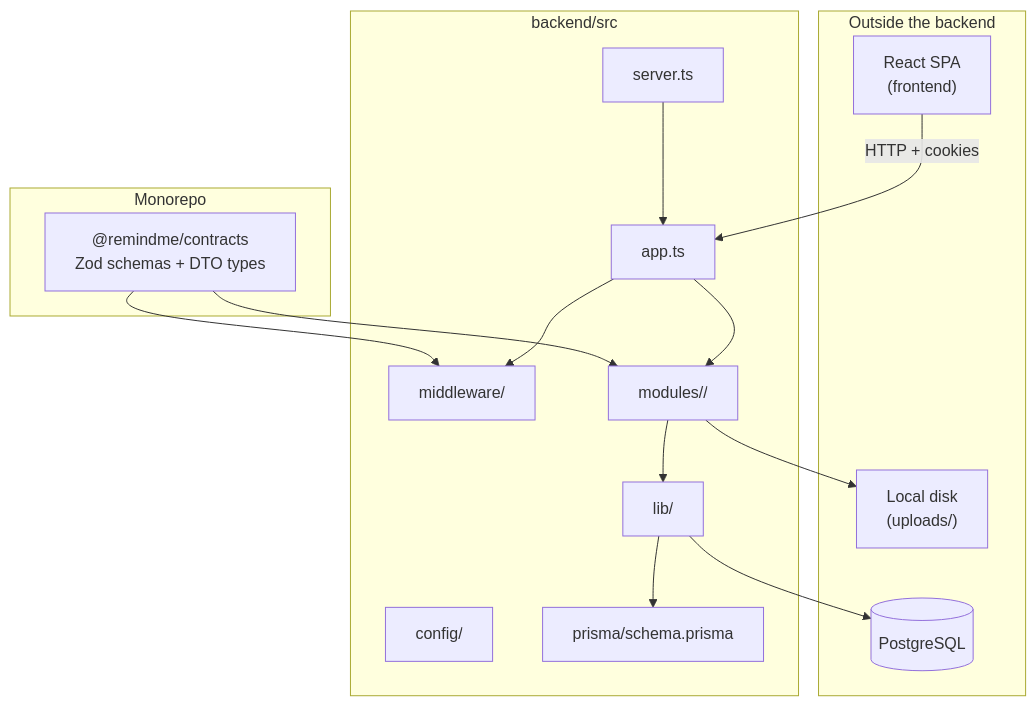
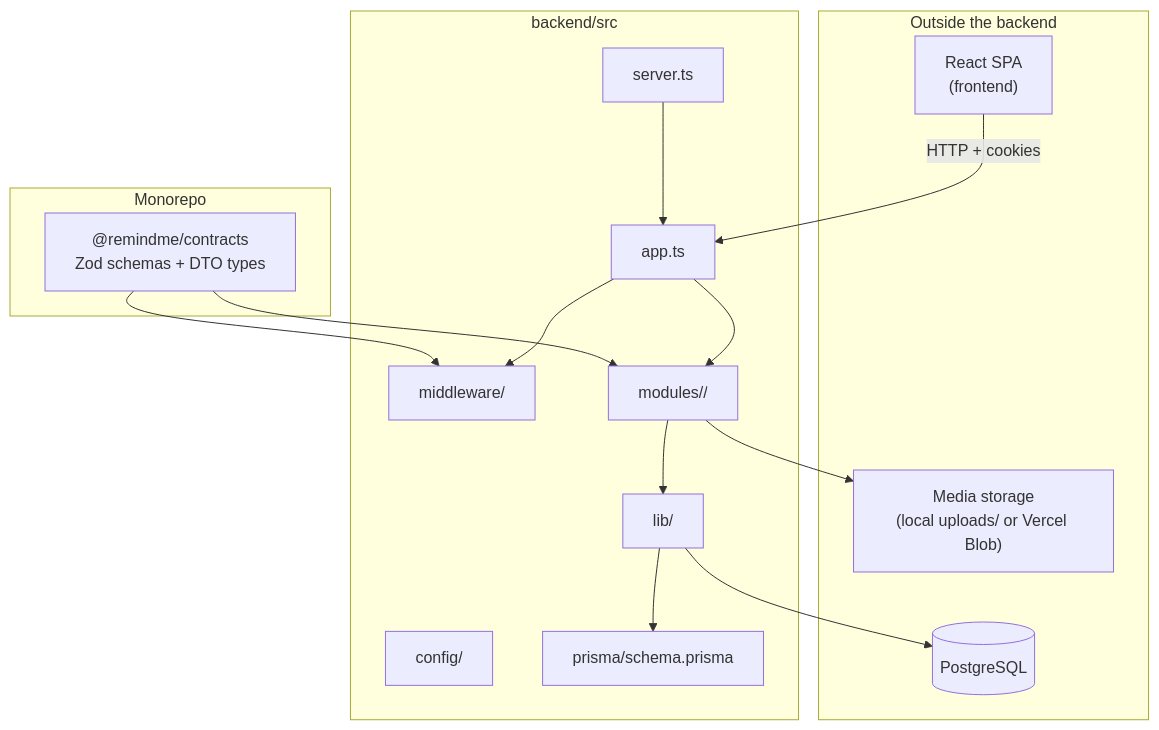
Before and after one commit to roman-ua89/remindme: the first of 14 diagrams in backend/docs/ARCHITECTURE.md, drawn with Mermaid. The commit also changed other lines of this file and 13 other files, not shown here.

````diff
--- a/backend/docs/ARCHITECTURE.md
+++ b/backend/docs/ARCHITECTURE.md
@@ -27,33 +27,33 @@
 ```mermaid
 flowchart TB
     subgraph outside [Outside the backend]
         Browser["React SPA<br/>(frontend)"]
         PG[(PostgreSQL)]
-        Disk["Local disk<br/>(uploads/)"]
+        Disk["Media storage<br/>(local uploads/ or Vercel Blob)"]
     end
 
     subgraph monorepo [Monorepo]
         Contracts["@remindme/contracts<br/>Zod schemas + DTO types"]
     end
 
     subgraph backend [backend/src]
         Server["server.ts"]
         App["app.ts"]
         MW["middleware/"]
         Modules["modules/<domain>/"]
         Lib["lib/"]
         Config["config/"]
         PrismaSchema["prisma/schema.prisma"]
     end
 
     Browser -->|"HTTP + cookies"| App
     Contracts --> Modules
     Contracts --> MW
     Server --> App
     App --> MW
     App --> Modules
     Modules --> Lib
     Lib --> PG
     Modules --> Disk
     Lib --> PrismaSchema
 ```
````
